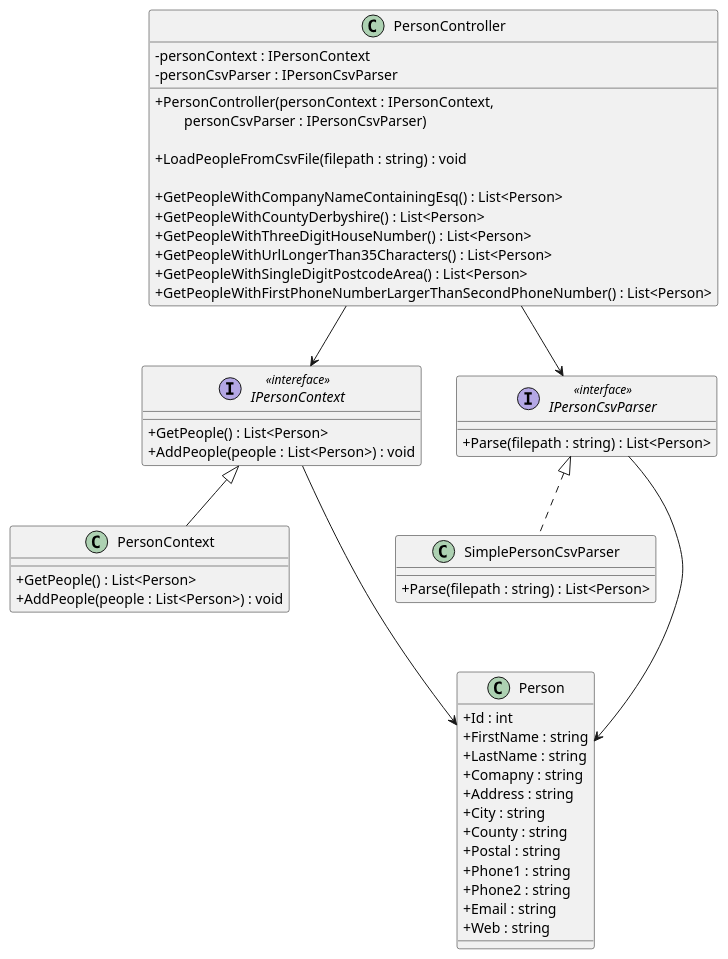
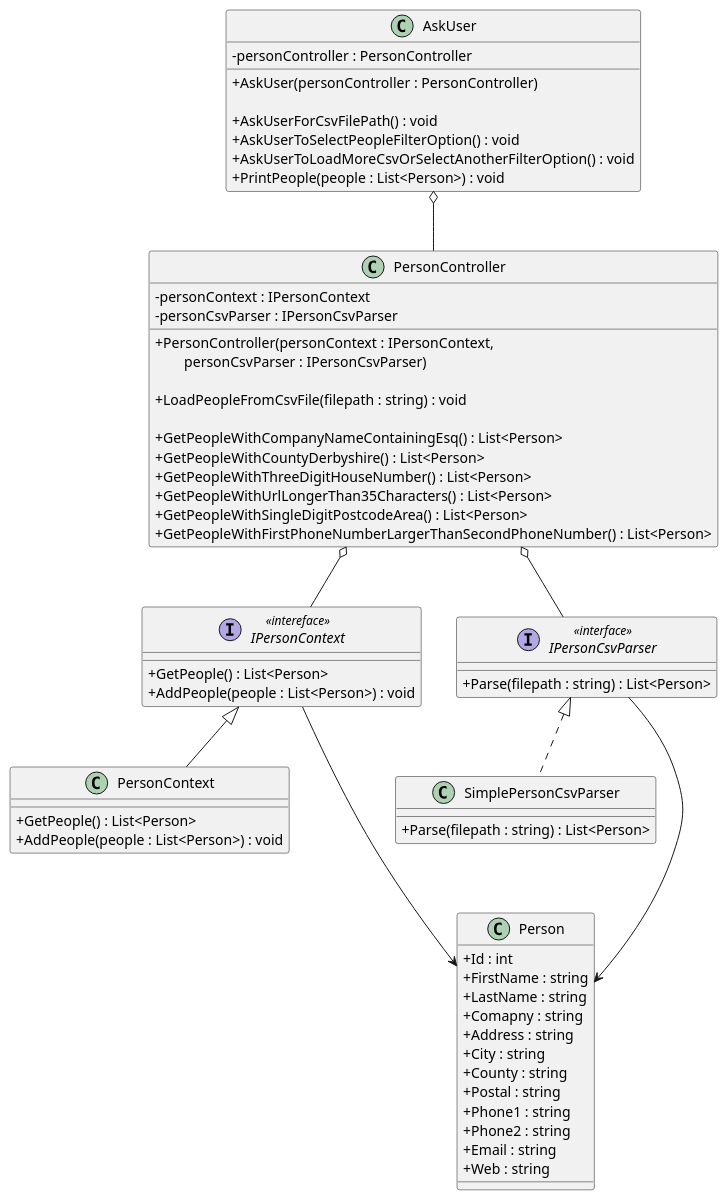
The diagram in diagrams/UML/PersonApp.puml (iamfranco/PersonConsoleApp), drawn with PlantUML before and after one commit. The commit also changed 1 other file, not shown here.

Commit message:
UML diagram: add AskUser class

```diff
--- a/diagrams/UML/PersonApp.puml
+++ b/diagrams/UML/PersonApp.puml
@@ -1,63 +1,76 @@
 @startuml "PersonApp"
 skinparam ClassAttributeIconSize 0
+
+class AskUser {
+    - personController : PersonController
+
+    + AskUser(personController : PersonController)
+
+    + AskUserForCsvFilePath() : void
+    + AskUserToSelectPeopleFilterOption() : void
+    + AskUserToLoadMoreCsvOrSelectAnotherFilterOption() : void
+    + PrintPeople(people : List<Person>) : void
+}
 
 class PersonController {
     - personContext : IPersonContext
     - personCsvParser : IPersonCsvParser
 
     + PersonController(personContext : IPersonContext, \n\
         personCsvParser : IPersonCsvParser)
 
     + LoadPeopleFromCsvFile(filepath : string) : void
 
     + GetPeopleWithCompanyNameContainingEsq() : List<Person>
     + GetPeopleWithCountyDerbyshire() : List<Person>
     + GetPeopleWithThreeDigitHouseNumber() : List<Person>
     + GetPeopleWithUrlLongerThan35Characters() : List<Person>
     + GetPeopleWithSingleDigitPostcodeArea() : List<Person>
     + GetPeopleWithFirstPhoneNumberLargerThanSecondPhoneNumber() : List<Person>
 }
 
 interface IPersonContext <<intereface>> {
     + GetPeople() : List<Person>
     + AddPeople(people : List<Person>) : void
 }
 
 class PersonContext {
     + GetPeople() : List<Person>
     + AddPeople(people : List<Person>) : void
 }
 
 interface IPersonCsvParser <<interface>> {
     + Parse(filepath : string) : List<Person>
 }
 
 class SimplePersonCsvParser {
     + Parse(filepath : string) : List<Person>
 }
 
 class Person {
     + Id : int
     + FirstName : string
     + LastName : string
     + Comapny : string
     + Address : string
     + City : string
     + County : string
     + Postal : string
     + Phone1 : string
     + Phone2 : string
     + Email : string
     + Web : string
 }
 
-PersonController --> IPersonContext
-PersonController --> IPersonCsvParser
+AskUser o-- PersonController
+
+PersonController o-- IPersonContext
+PersonController o-- IPersonCsvParser
 
 IPersonContext <|-- PersonContext
 IPersonContext ---> Person
 
 IPersonCsvParser <|.. SimplePersonCsvParser
 IPersonCsvParser ---> Person
 
 @enduml
```
